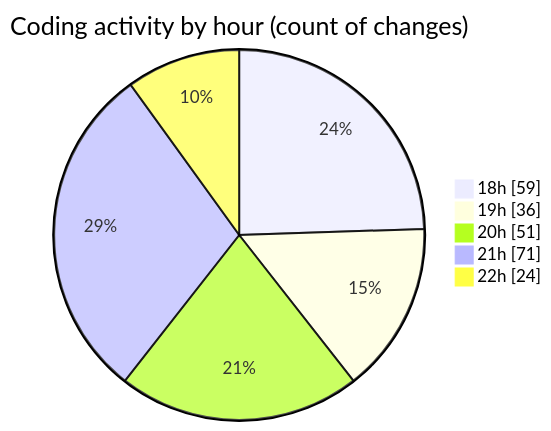
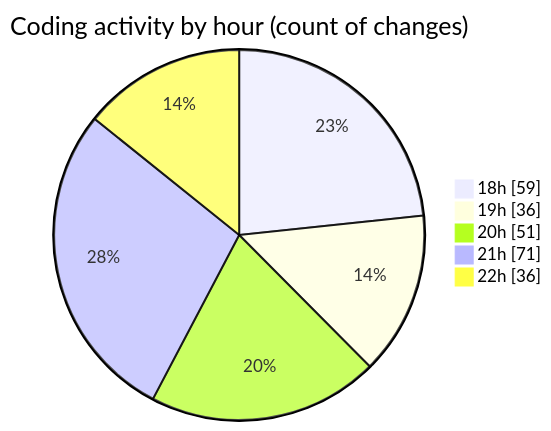
The second of 2 diagrams in 2025-04-02/back-end/README.md (Netris89/code-tracking), drawn with Mermaid before and after one commit. The commit also changed other lines of this file and 1 other file, not shown here.

````diff
--- a/2025-04-02/back-end/README.md
+++ b/2025-04-02/back-end/README.md
@@ -44,9 +44,9 @@
 ```mermaid
 pie showData
 title Coding activity by hour (count of changes)
 "18h" : 59
 "19h" : 36
 "20h" : 51
 "21h" : 71
-"22h" : 24
+"22h" : 36
 ```
````
